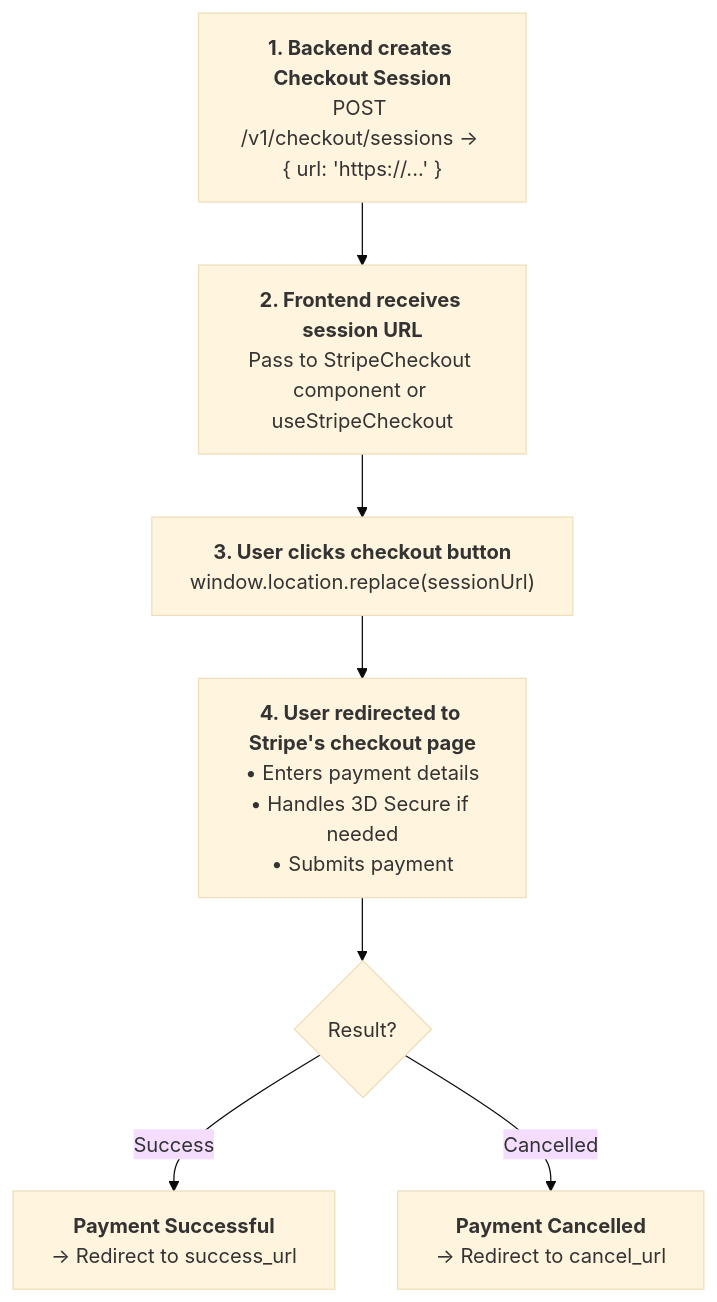
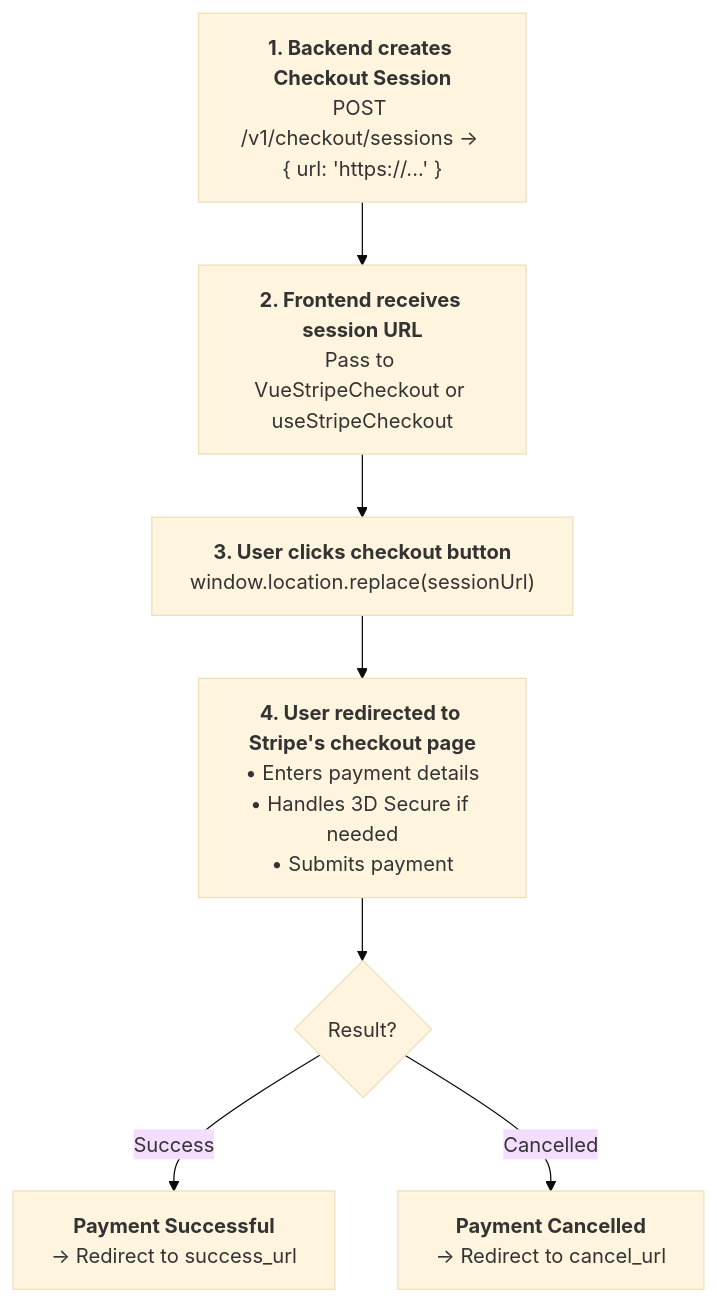
One commit to vue-stripe/vue-stripe changed the diagram in apps/docs/guide/checkout.md. Above: the diagram before and after it, drawn with Mermaid (base theme). The commit also changed other lines of this file and 29 other files, not shown here.

First line of the commit message:
docs: api pages for stripe.js 10 (checkout elements sdk, url-only checkout, elements options)

````diff
--- a/apps/docs/guide/checkout.md
+++ b/apps/docs/guide/checkout.md
@@ -37,9 +37,9 @@
 ```mermaid
 flowchart TD
-    A["<b>1. Backend creates Checkout Session</b><br/>POST /v1/checkout/sessions → { url: 'https://...' }"] --> B["<b>2. Frontend receives session URL</b><br/>Pass to StripeCheckout component or useStripeCheckout"]
+    A["<b>1. Backend creates Checkout Session</b><br/>POST /v1/checkout/sessions → { url: 'https://...' }"] --> B["<b>2. Frontend receives session URL</b><br/>Pass to VueStripeCheckout or useStripeCheckout"]
     B --> C["<b>3. User clicks checkout button</b><br/>window.location.replace(sessionUrl)"]
     C --> D["<b>4. User redirected to Stripe's checkout page</b><br/>• Enters payment details<br/>• Handles 3D Secure if needed<br/>• Submits payment"]
     D --> E{Result?}
     E -->|Success| F["<b>Payment Successful</b><br/>→ Redirect to success_url"]
     E -->|Cancelled| G["<b>Payment Cancelled</b><br/>→ Redirect to cancel_url"]
 ```
````
